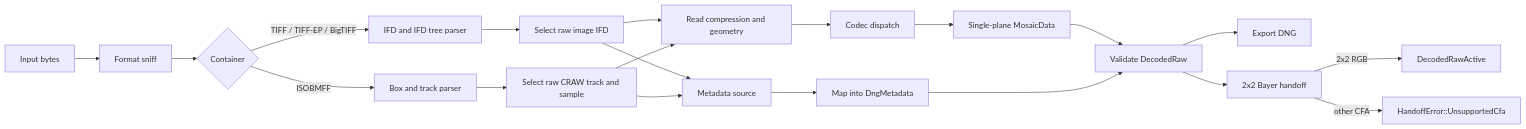
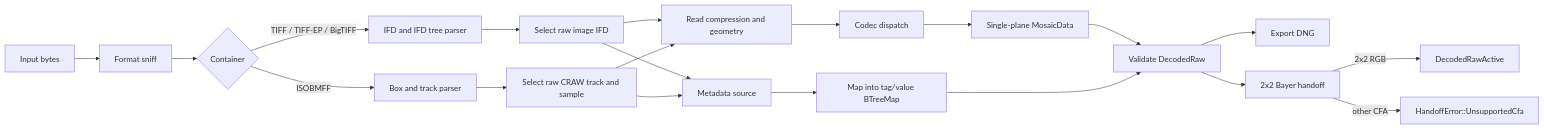
Before and after one commit to Glatzel/fornax: the diagram in docs/decoder/architecture.md, drawn with Mermaid. The commit also changed other lines of this file and 14 other files, not shown here.

````diff
--- a/docs/decoder/architecture.md
+++ b/docs/decoder/architecture.md
@@ -239,22 +242,22 @@
 ```mermaid
 flowchart LR
     A[Input bytes] --> B[Format sniff]
     B --> C{Container}
     C -->|TIFF / TIFF-EP / BigTIFF| D[IFD and IFD tree parser]
     C -->|ISOBMFF| E[Box and track parser]
     D --> F[Select raw image IFD]
     E --> G[Select raw CRAW track and sample]
     F --> H[Read compression and geometry]
     G --> H
     H --> I[Codec dispatch]
     I --> J[Single-plane MosaicData]
     F --> K[Metadata source]
     G --> K
-    K --> L[Map into DngMetadata]
+    K --> L[Map into tag/value BTreeMap]
     J --> M[Validate DecodedRaw]
     L --> M
     M --> N[Export DNG]
     M --> O[2x2 Bayer handoff]
     O -->|2x2 RGB| P[DecodedRawActive]
     O -->|other CFA| Q[HandoffError::UnsupportedCfa]
 ```
````
